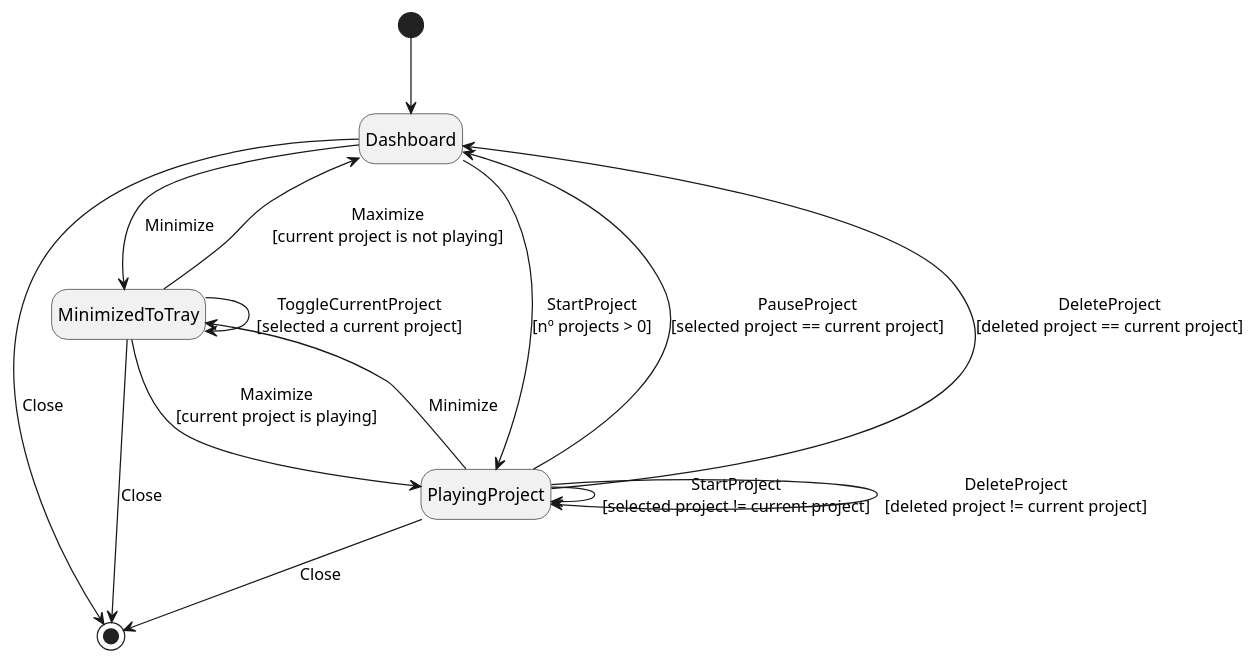
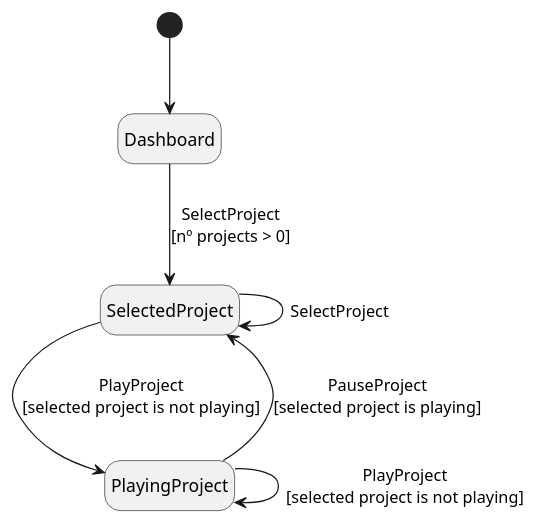
The diagram in assignments/4_model_based_testing/state_machines/state_machine_2.puml (JoaoCostaIFG/tvvs), drawn with PlantUML before and after one commit. The commit also changed 1 other file, not shown here.

```diff
--- a/assignments/4_model_based_testing/state_machines/state_machine_2.puml
+++ b/assignments/4_model_based_testing/state_machines/state_machine_2.puml
@@ -1,22 +1,14 @@
 @startuml
 hide empty description
 
 [*] --> Dashboard
 
-Dashboard --> [*] : Close
-Dashboard --> MinimizedToTray : Minimize
-Dashboard --> PlayingProject : StartProject\n[nº projects > 0]
+Dashboard --> SelectedProject : SelectProject\n[nº projects > 0]
 
-PlayingProject --> [*] : Close
-PlayingProject --> MinimizedToTray : Minimize
-PlayingProject --> Dashboard : PauseProject\n[selected project == current project]
-PlayingProject --> PlayingProject : StartProject\n[selected project != current project]
-PlayingProject --> Dashboard : DeleteProject\n[deleted project == current project]
-PlayingProject --> PlayingProject : DeleteProject\n[deleted project != current project]
+SelectedProject --> SelectedProject : SelectProject
+SelectedProject --> PlayingProject : PlayProject\n[selected project is not playing]
 
-MinimizedToTray --> Dashboard : Maximize\n[current project is not playing]
-MinimizedToTray --> PlayingProject : Maximize\n[current project is playing]
-MinimizedToTray --> MinimizedToTray : ToggleCurrentProject\n[selected a current project]
-MinimizedToTray --> [*] : Close
+PlayingProject --> PlayingProject : PlayProject\n[selected project is not playing]
+PlayingProject --> SelectedProject : PauseProject\n[selected project is playing]
 
 @enduml
```
